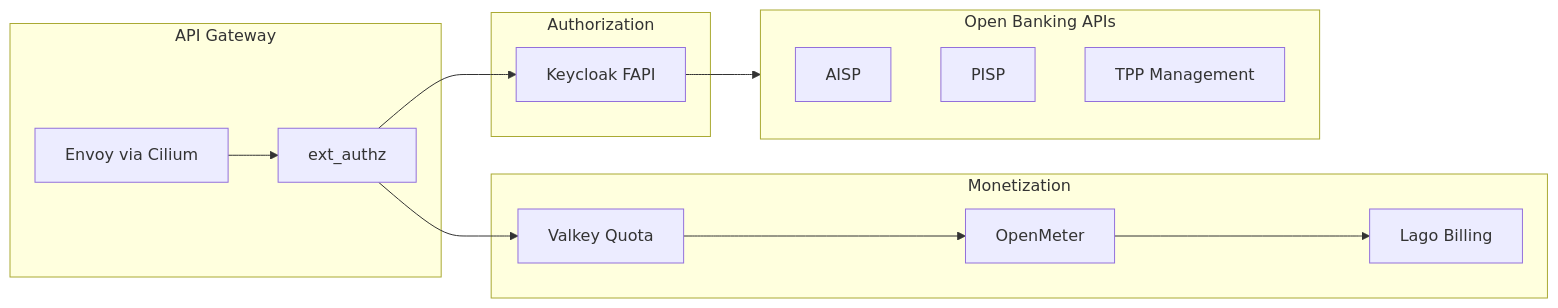
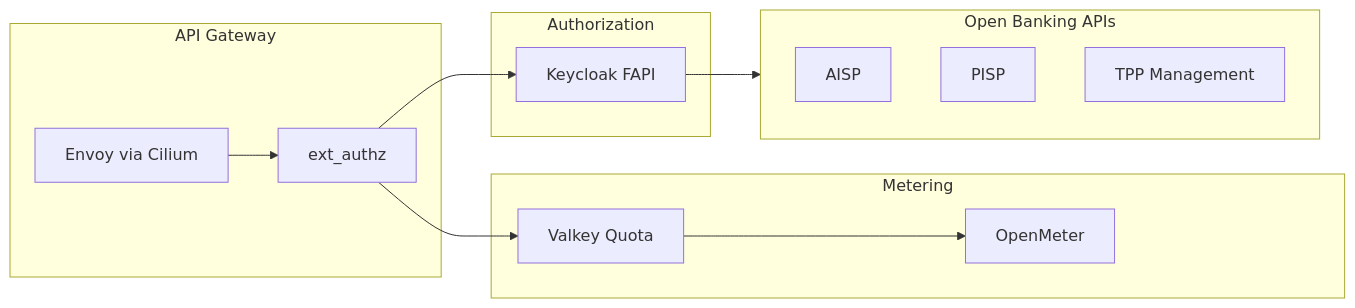
The fifth of 6 diagrams in docs/PLATFORM-TECH-STACK.md (openova-io/openova), drawn with Mermaid before and after one commit. The commit also changed other lines of this file and 50 other files, not shown here.

````diff
--- a/docs/PLATFORM-TECH-STACK.md
+++ b/docs/PLATFORM-TECH-STACK.md
@@ -394,30 +466,28 @@
 ```mermaid
 flowchart LR
     subgraph Gateway["API Gateway"]
         Envoy[Envoy via Cilium]
         ExtAuth[ext_authz]
     end
 
     subgraph Auth["Authorization"]
         Keycloak[Keycloak FAPI]
     end
 
-    subgraph Monetization["Monetization"]
+    subgraph Metering["Metering"]
         OpenMeter[OpenMeter]
-        Lago[Lago Billing]
         Valkey[Valkey Quota]
     end
 
     subgraph APIs["Open Banking APIs"]
         AISP[AISP]
         PISP[PISP]
         TPP[TPP Management]
     end
 
     Envoy --> ExtAuth
     ExtAuth --> Keycloak
     ExtAuth --> Valkey
     Valkey --> OpenMeter
-    OpenMeter --> Lago
     Keycloak --> APIs
 ```
````
